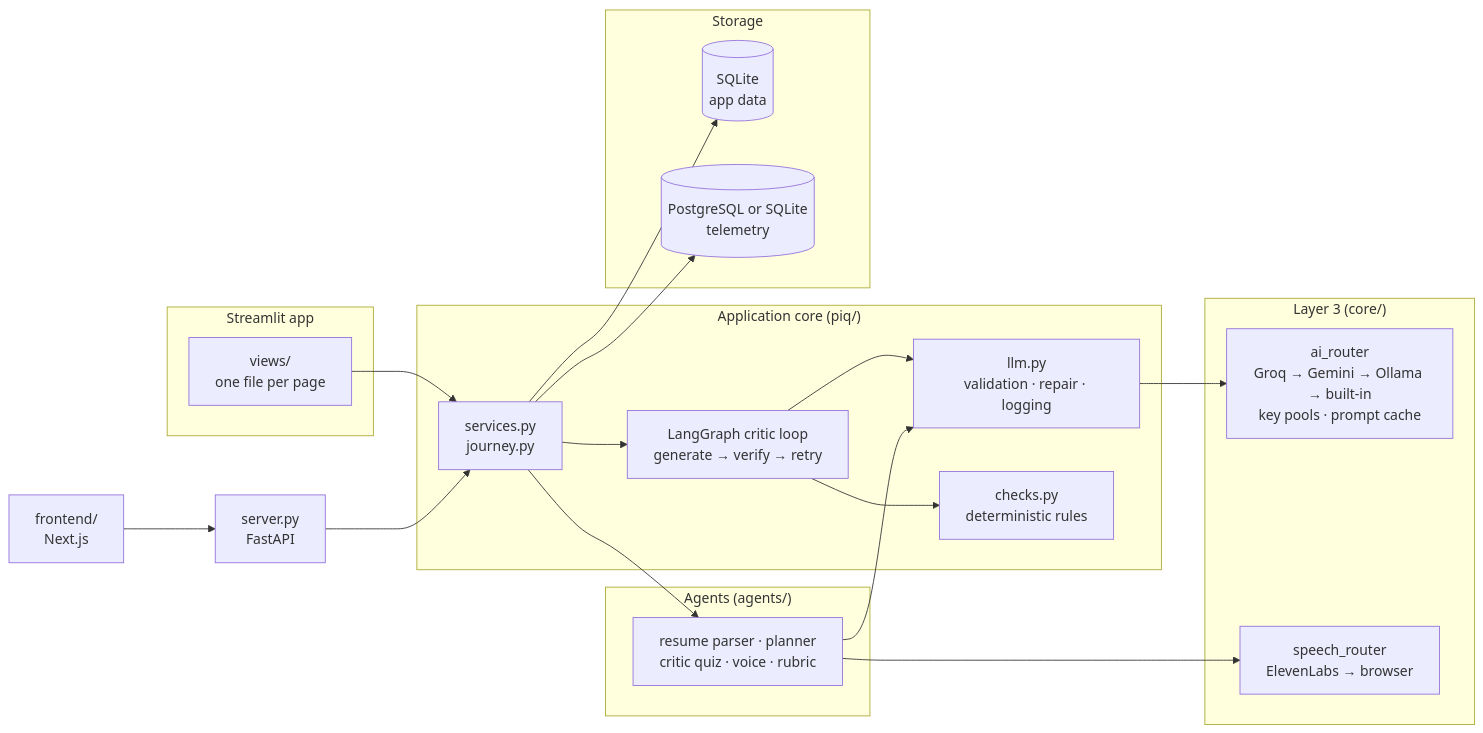
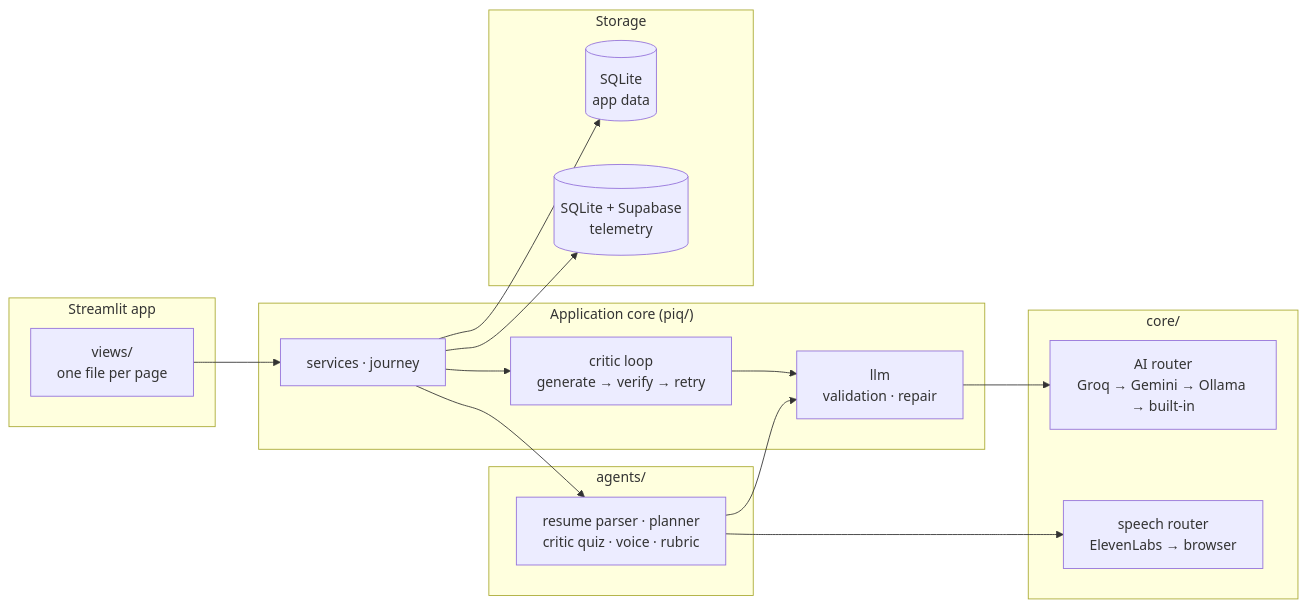
The diagram in README.md (prajwalparish-git/Placement-IQ), drawn with Mermaid before and after one commit. The commit also changed other lines of this file and 154 other files, not shown here.

````diff
--- a/README.md
+++ b/README.md
@@ -140,34 +186,29 @@
 ```mermaid
 flowchart LR
     subgraph UI["Streamlit app"]
         V["views/<br/>one file per page"]
     end
     subgraph Core["Application core (piq/)"]
-        S["services.py<br/>journey.py"]
-        G["LangGraph critic loop<br/>generate → verify → retry"]
-        L["llm.py<br/>validation · repair · logging"]
-        C["checks.py<br/>deterministic rules"]
+        S["services · journey"]
+        G["critic loop<br/>generate → verify → retry"]
+        L["llm<br/>validation · repair"]
     end
-    subgraph L2["Agents (agents/)"]
+    subgraph Agents["agents/"]
         A["resume parser · planner<br/>critic quiz · voice · rubric"]
     end
-    subgraph L3["Layer 3 (core/)"]
-        R["ai_router<br/>Groq → Gemini → Ollama → built-in<br/>key pools · prompt cache"]
-        SP["speech_router<br/>ElevenLabs → browser"]
+    subgraph Routers["core/"]
+        R["AI router<br/>Groq → Gemini → Ollama → built-in"]
+        SP["speech router<br/>ElevenLabs → browser"]
     end
     subgraph Data["Storage"]
         DB[("SQLite<br/>app data")]
-        T[("PostgreSQL or SQLite<br/>telemetry")]
+        T[("SQLite + Supabase<br/>telemetry")]
     end
     V --> S
     S --> A
-    S --> G --> L
+    S --> G --> L --> R
     A --> L
-    G --> C
-    L --> R
     A --> SP
     S --> DB
     S --> T
-    API["server.py<br/>FastAPI"] --> S
-    NX["frontend/<br/>Next.js"] --> API
 ```
````
